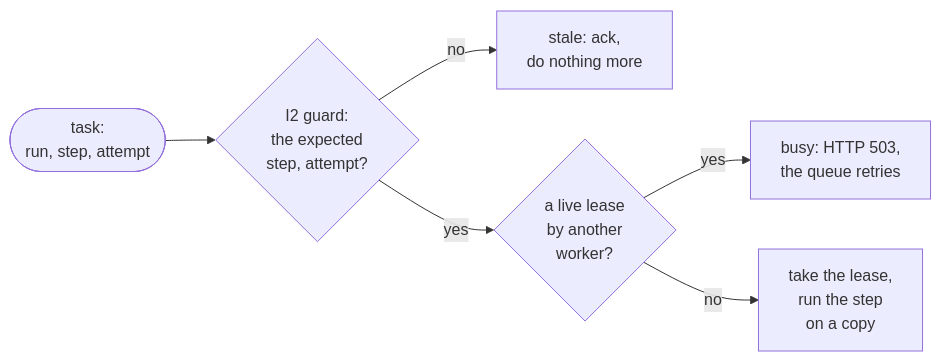
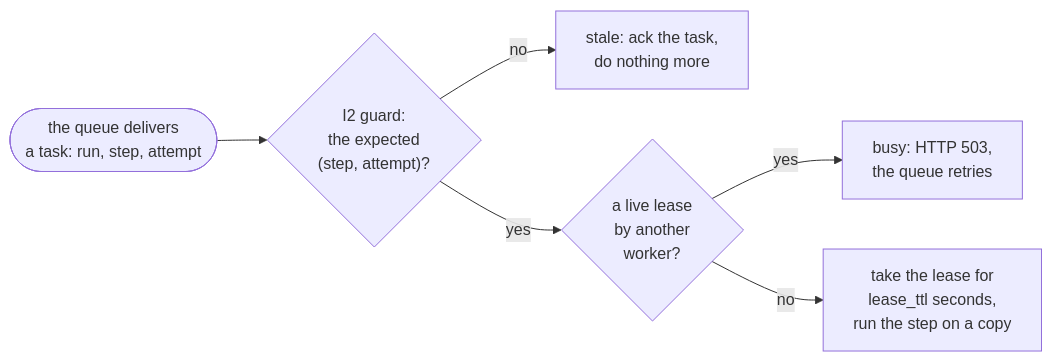
The first of 2 diagrams in 07-application-agent-framework/long-running-durable/lra-core/PRIMER.md (aniryou/full-stack-agentic-engineer), drawn with Mermaid before and after one commit. The commit also changed other lines of this file and 142 other files, not shown here.

````diff
--- a/07-application-agent-framework/long-running-durable/lra-core/PRIMER.md
+++ b/07-application-agent-framework/long-running-durable/lra-core/PRIMER.md
@@ -17,8 +17,8 @@
 ```mermaid
 flowchart LR
-  T(["task:<br/>run, step, attempt"]) --> G{"I2 guard:<br/>the expected<br/>step, attempt?"}
-  G -- no --> S["stale: ack,<br/>do nothing more"]
+  T(["the queue delivers<br/>a task: run, step, attempt"]) --> G{"I2 guard:<br/>the expected<br/>(step, attempt)?"}
+  G -- no --> S["stale: ack the task,<br/>do nothing more"]
   G -- yes --> L{"a live lease<br/>by another<br/>worker?"}
   L -- yes --> B["busy: HTTP 503,<br/>the queue retries"]
-  L -- no --> ST["take the lease,<br/>run the step<br/>on a copy"]
+  L -- no --> ST["take the lease for<br/>lease_ttl seconds,<br/>run the step on a copy"]
 ```
````
